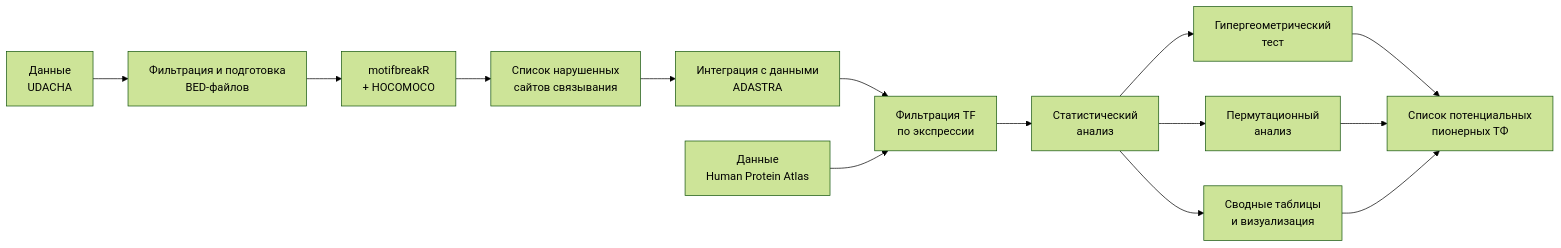
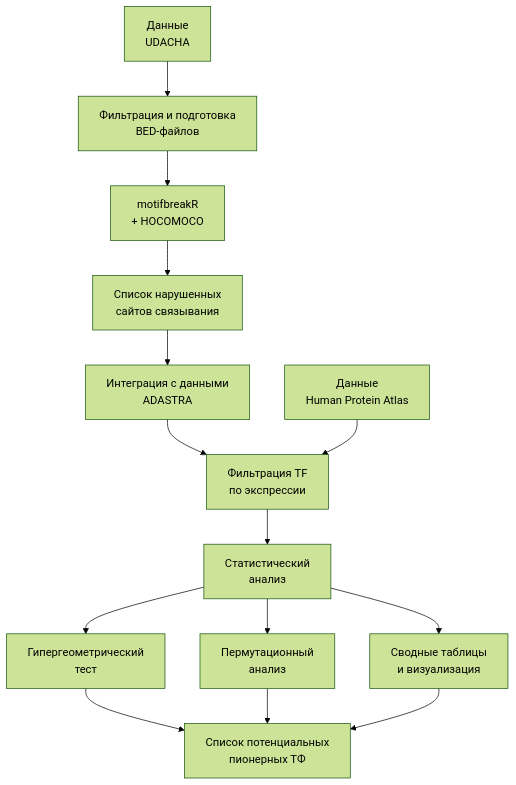
Before and after one commit to s-panish/Diploma: the diagram in README.md, drawn with Mermaid (forest theme). The commit also changed other lines of this file, not shown here.

````diff
--- a/README.md
+++ b/README.md
@@ -4,16 +4,16 @@
 ```mermaid
-flowchart LR
+flowchart TD
     A["Данные<br/>UDACHA"] --> B["Фильтрация и подготовка<br/>BED-файлов"]
     B --> C["motifbreakR<br/>+ HOCOMOCO"]
     C --> D["Список нарушенных<br/>сайтов связывания"]
     D --> E["Интеграция с данными<br/>ADASTRA"]
     E --> F["Фильтрация TF<br/>по экспрессии"]
     G["Данные<br/>Human Protein Atlas"] --> F
     F --> H["Статистический<br/>анализ"]
     H --> I["Гипергеометрический<br/>тест"]
     H --> J["Пермутационный<br/>анализ"]
     H --> K["Сводные таблицы<br/>и визуализация"]
     I --> L["Список потенциальных<br/>пионерных ТФ"]
     J --> L
     K --> L
 ```
````
